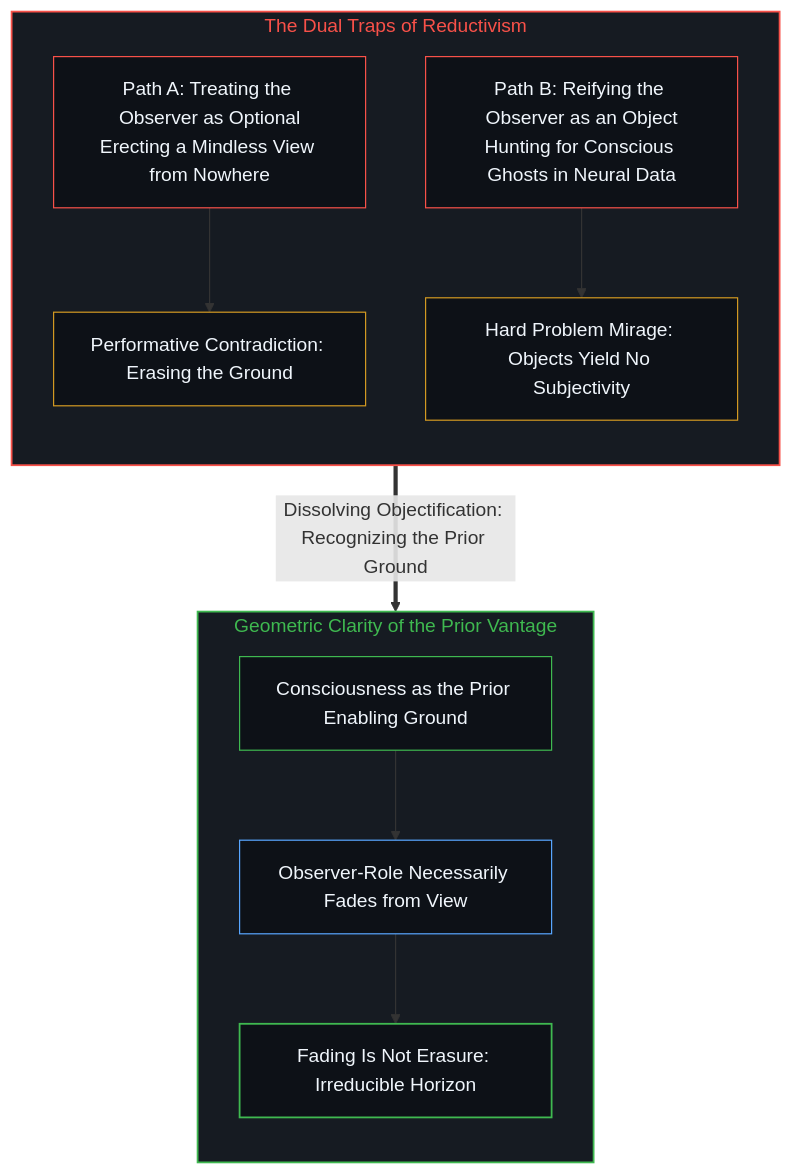
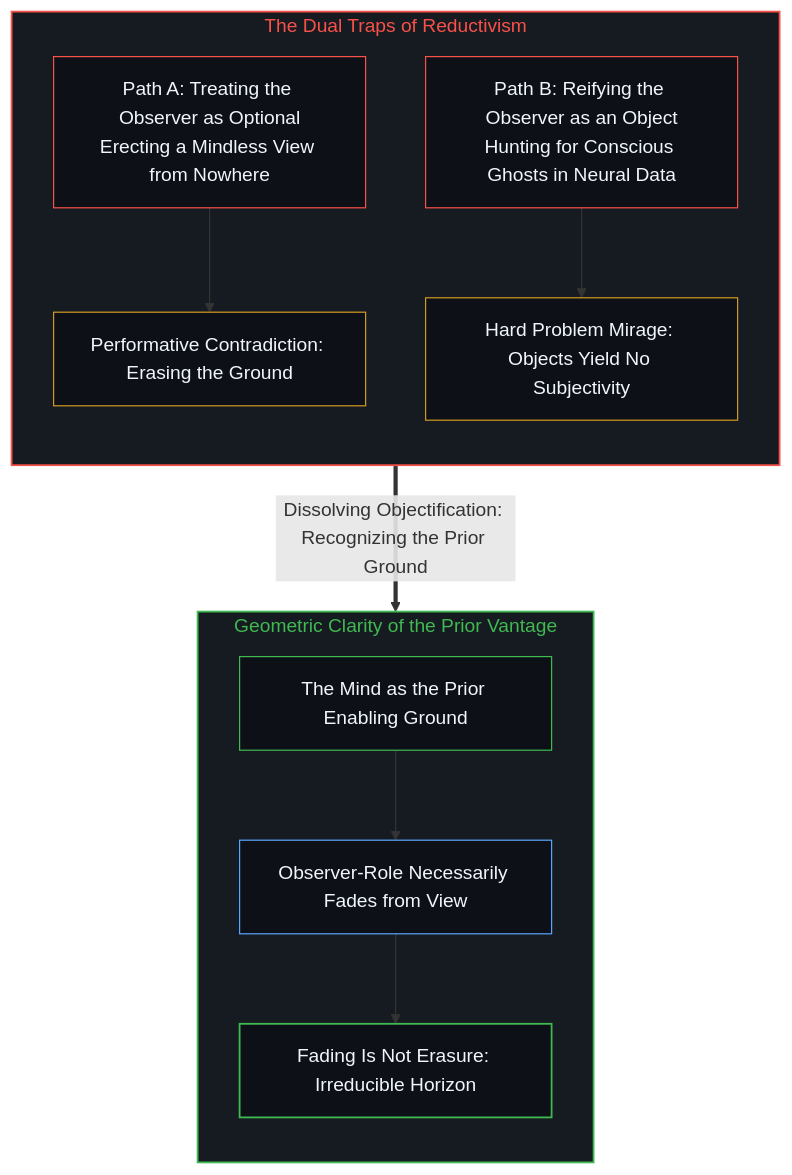
Before and after one commit to powerpig99/not-a-toe: the sixth of 6 diagrams in content/posts/the-grammar-of-finding-and-the-fading-observer.md, drawn with Mermaid. The commit also changed other lines of this file and 2 other files, not shown here.

Commit message:
Grammar of Finding: Film Critic consistency fixes — ZH matches EN (自命占据, drop 多巴胺 and extra sentence, implicit first person in §1/§3), Mind casing, EN diagram node, quoted §4 link titles, vary §3 'not resolvable' wording

````diff
--- a/content/posts/the-grammar-of-finding-and-the-fading-observer.md
+++ b/content/posts/the-grammar-of-finding-and-the-fading-observer.md
@@ -171,27 +171,27 @@
 ```mermaid
 graph TD
     subgraph S_Fallacy ["The Dual Traps of Reductivism"]
         direction TB
         style S_Fallacy fill:#161b22,stroke:#f85149,stroke-width:1.5px,color:#f85149
         E1["Path A: Treating the Observer as Optional<br/>Erecting a Mindless View from Nowhere"]
         E2["Path B: Reifying the Observer as an Object<br/>Hunting for Conscious Ghosts in Neural Data"]
         E1 --> P1["Performative Contradiction: Erasing the Ground"]
         E2 --> P2["Hard Problem Mirage: Objects Yield No Subjectivity"]
         style E1 fill:#0d1117,stroke:#f85149,stroke-width:1px,color:#f0f6fc
         style E2 fill:#0d1117,stroke:#f85149,stroke-width:1px,color:#f0f6fc
         style P1 fill:#0d1117,stroke:#d29922,stroke-width:1px,color:#f0f6fc
         style P2 fill:#0d1117,stroke:#d29922,stroke-width:1px,color:#f0f6fc
     end
 
     P2 ==>|"Dissolving Objectification: Recognizing the Prior Ground"| R1
 
     subgraph S_Resolution ["Geometric Clarity of the Prior Vantage"]
         direction TB
         style S_Resolution fill:#161b22,stroke:#3fb950,stroke-width:1.5px,color:#3fb950
-        R1["Consciousness as the Prior Enabling Ground"] --> R2["Observer-Role Necessarily Fades from View"]
+        R1["The Mind as the Prior Enabling Ground"] --> R2["Observer-Role Necessarily Fades from View"]
         R2 --> R3["Fading Is Not Erasure: Irreducible Horizon"]
         style R1 fill:#0d1117,stroke:#3fb950,stroke-width:1px,color:#f0f6fc
         style R2 fill:#0d1117,stroke:#58a6ff,stroke-width:1px,color:#f0f6fc
         style R3 fill:#0d1117,stroke:#3fb950,stroke-width:1.5px,color:#f0f6fc
     end
 ```
````
